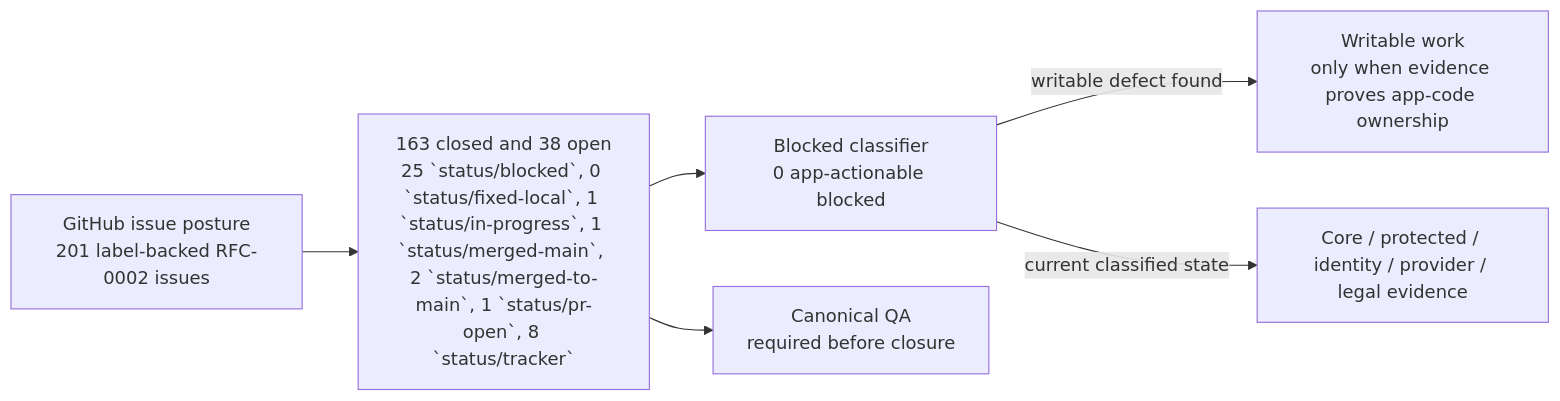
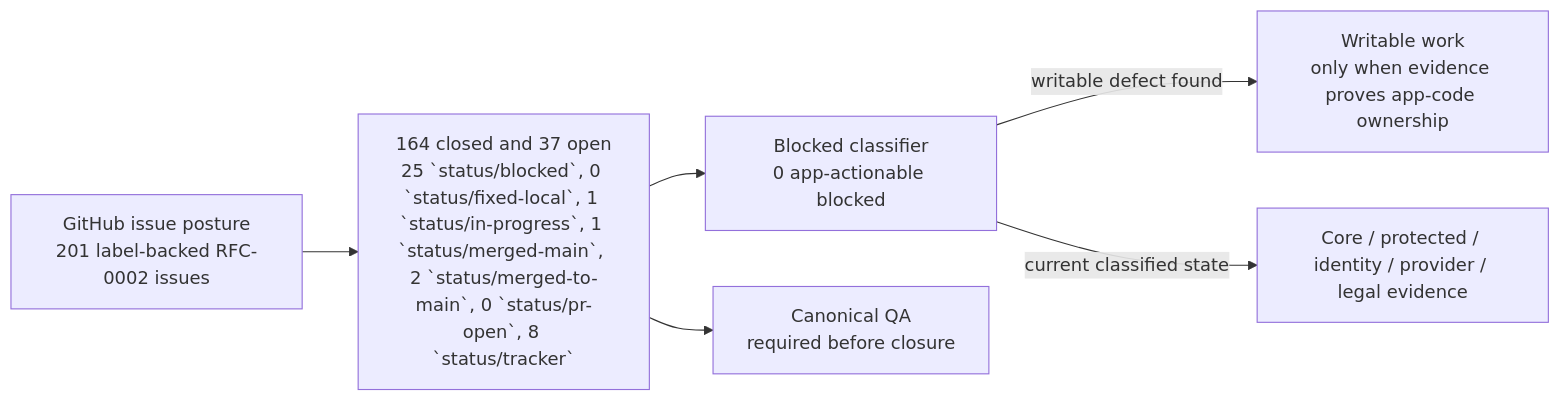
The first of 2 diagrams in wiki/RFC-0002-Execution-Status.md (sgajbi/lotus-idea), drawn with Mermaid before and after one commit. The commit also changed other lines of this file and 9 other files, not shown here.

````diff
--- a/wiki/RFC-0002-Execution-Status.md
+++ b/wiki/RFC-0002-Execution-Status.md
@@ -39,15 +39,15 @@
 ```mermaid
 flowchart LR
     Issues["GitHub issue posture<br/>201 label-backed RFC-0002 issues"]
-    Open["163 closed and 38 open<br/>25 `status/blocked`, 0 `status/fixed-local`, 1 `status/in-progress`, 1 `status/merged-main`, 2 `status/merged-to-main`, 1 `status/pr-open`, 8 `status/tracker`"]
+    Open["164 closed and 37 open<br/>25 `status/blocked`, 0 `status/fixed-local`, 1 `status/in-progress`, 1 `status/merged-main`, 2 `status/merged-to-main`, 0 `status/pr-open`, 8 `status/tracker`"]
     Blocked["Blocked classifier<br/>0 app-actionable blocked"]
     Work["Writable work<br/>only when evidence proves app-code ownership"]
     External["Core / protected / identity / provider / legal evidence"]
     QA["Canonical QA<br/>required before closure"]
 
     Issues --> Open
     Open --> Blocked
     Blocked -->|"writable defect found"| Work
     Blocked -->|"current classified state"| External
     Open --> QA
 ```
````
